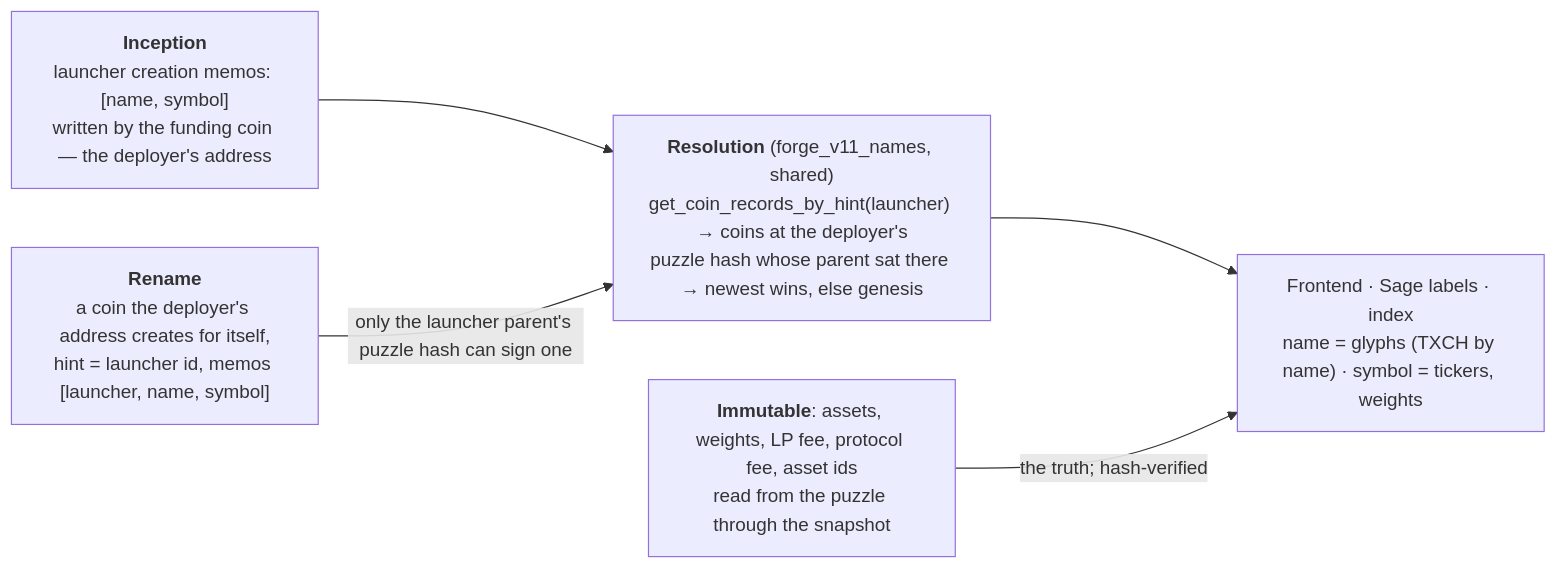
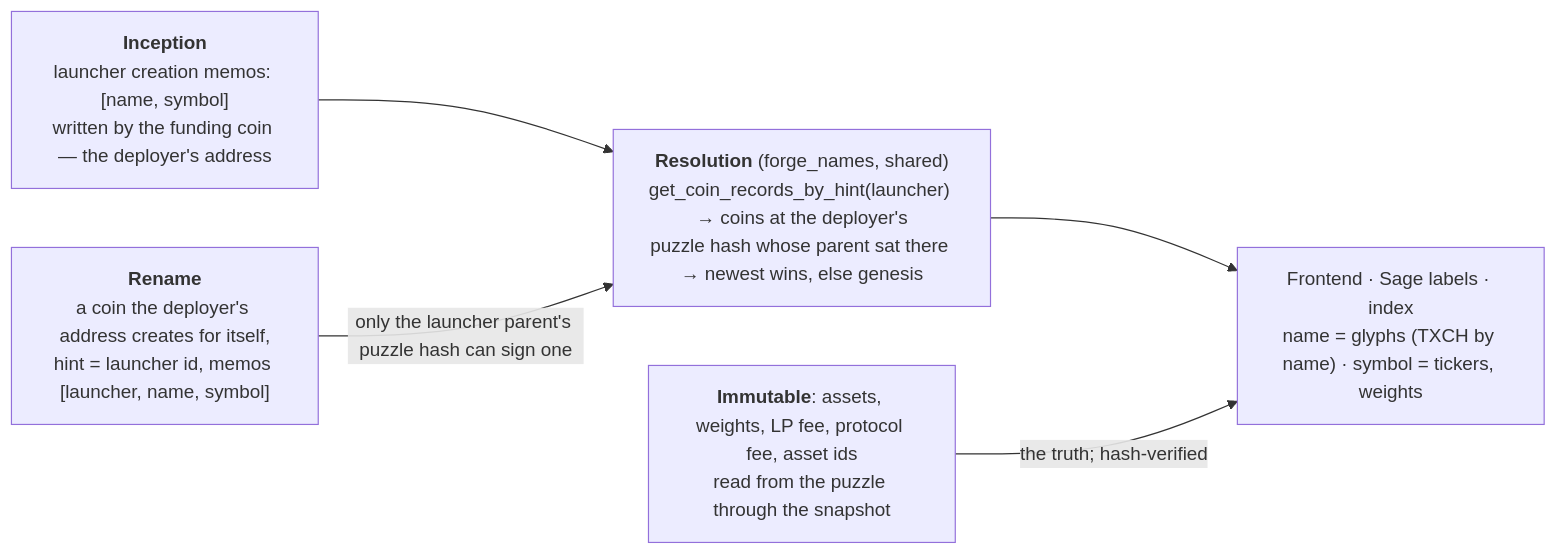
One commit to awizardxch/forge-puzzles changed the seventh of 9 diagrams in docs/FORGE_V14_ARCHITECTURE.md. Above: the diagram before and after it, drawn with Mermaid. The commit also changed other lines of this file and 16 other files, not shown here.

````diff
--- a/docs/FORGE_V14_ARCHITECTURE.md
+++ b/docs/FORGE_V14_ARCHITECTURE.md
@@ -381,13 +381,13 @@
 ```mermaid
 flowchart LR
     MINT["<b>Inception</b><br/>launcher creation memos: [name, symbol]<br/>written by the funding coin — the deployer's address"]
     RN["<b>Rename</b><br/>a coin the deployer's address creates for itself,<br/>hint = launcher id, memos [launcher, name, symbol]"]
-    RES["<b>Resolution</b> (forge_v11_names, shared)<br/>get_coin_records_by_hint(launcher) → coins at the deployer's<br/>puzzle hash whose parent sat there → newest wins, else genesis"]
+    RES["<b>Resolution</b> (forge_names, shared)<br/>get_coin_records_by_hint(launcher) → coins at the deployer's<br/>puzzle hash whose parent sat there → newest wins, else genesis"]
     UI["Frontend · Sage labels · index<br/>name = glyphs (TXCH by name) · symbol = tickers, weights"]
     PUZ["<b>Immutable</b>: assets, weights, LP fee, protocol fee, asset ids<br/>read from the puzzle through the snapshot"]
 
     MINT --> RES
     RN -->|"only the launcher parent's puzzle hash can sign one"| RES
     RES --> UI
     PUZ -->|"the truth; hash-verified"| UI
 ```
````
